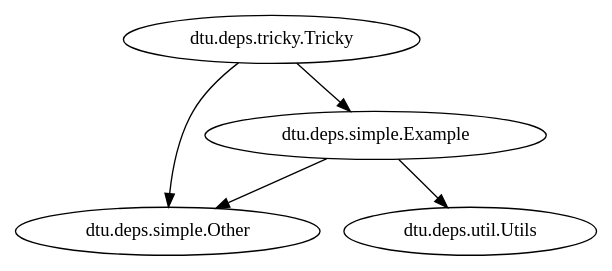
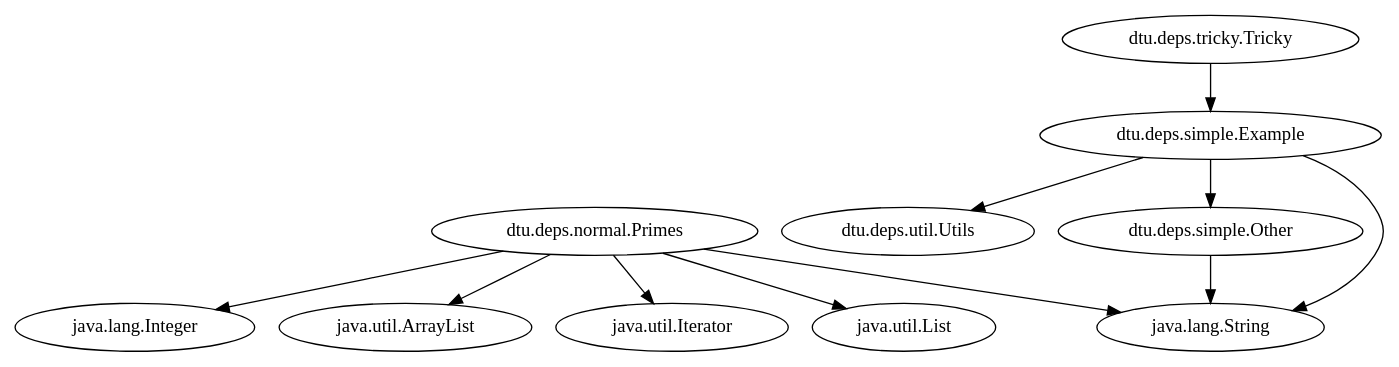
One commit to cakarsubasi/2242-ProgramAnalysis changed the diagram in source-graph.dot. Above: the diagram before and after it, drawn with Graphviz. The commit also changed 1 other file, not shown here.

```diff
--- a/source-graph.dot
+++ b/source-graph.dot
@@ -1,10 +1,33 @@
+// digraph SourceGraph {
+//   "dtu.deps.util.Utils" [label="dtu.deps.util.Utils"];
+//   "dtu.deps.tricky.Tricky" [label="dtu.deps.tricky.Tricky"];
+//   "dtu.deps.simple.Example" [label="dtu.deps.simple.Example"];
+//   "dtu.deps.simple.Other" [label="dtu.deps.simple.Other"];
+//   "dtu.deps.normal.Primes" [label="dtu.deps.normal.Primes"];
+//   "dtu.deps.tricky.Tricky" -> "dtu.deps.simple.Example";
+//   "dtu.deps.simple.Example" -> "dtu.deps.util.Utils";
+//   "dtu.deps.simple.Example" -> "dtu.deps.simple.Other";
+//   "dtu.deps.normal.Primes" -> "java.util.List";
+//   "dtu.deps.normal.Primes" -> "java.util.ArrayList";
+//   "dtu.deps.normal.Primes" -> "java.util.Iterator";
+//   "dtu.deps.normal.Primes" -> "java.lang.Integer";
+// }
+
+
 digraph SourceGraph {
+  "dtu.deps.util.Utils" [label="dtu.deps.util.Utils"];
+  "dtu.deps.tricky.Tricky" [label="dtu.deps.tricky.Tricky"];
   "dtu.deps.simple.Example" [label="dtu.deps.simple.Example"];
   "dtu.deps.simple.Other" [label="dtu.deps.simple.Other"];
-  "dtu.deps.tricky.Tricky" [label="dtu.deps.tricky.Tricky"];
-  "dtu.deps.util.Utils" [label="dtu.deps.util.Utils"];
+  "dtu.deps.normal.Primes" [label="dtu.deps.normal.Primes"];
+  "dtu.deps.tricky.Tricky" -> "dtu.deps.simple.Example";
   "dtu.deps.simple.Example" -> "dtu.deps.util.Utils";
   "dtu.deps.simple.Example" -> "dtu.deps.simple.Other";
-  "dtu.deps.tricky.Tricky" -> "dtu.deps.simple.Example";
-  "dtu.deps.tricky.Tricky" -> "dtu.deps.simple.Other";
+  "dtu.deps.simple.Example" -> "java.lang.String";
+  "dtu.deps.simple.Other" -> "java.lang.String";
+  "dtu.deps.normal.Primes" -> "java.lang.Integer";
+  "dtu.deps.normal.Primes" -> "java.util.ArrayList";
+  "dtu.deps.normal.Primes" -> "java.util.Iterator";
+  "dtu.deps.normal.Primes" -> "java.lang.String";
+  "dtu.deps.normal.Primes" -> "java.util.List";
 }
```
